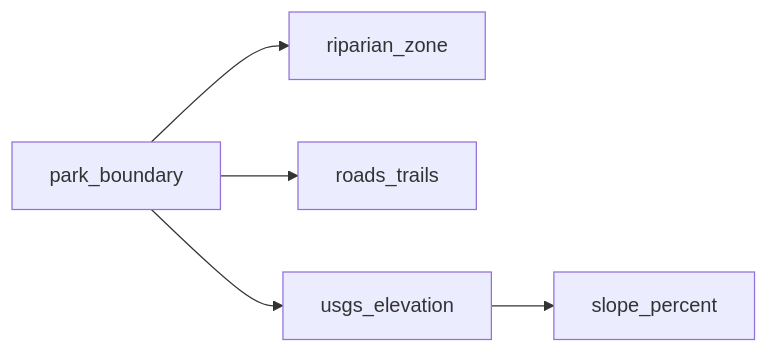
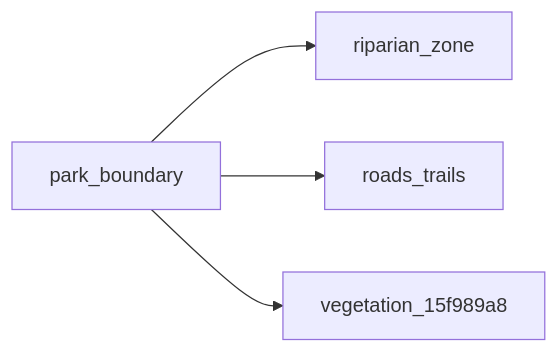
The diagram in projects/goats/README.md (kielni/alidade), drawn with Mermaid before and after one commit. The commit also changed other lines of this file and 7 other files, not shown here.

````diff
--- a/projects/goats/README.md
+++ b/projects/goats/README.md
@@ -58,7 +45,6 @@
 ```mermaid
 flowchart LR
     park_boundary --> riparian_zone
     park_boundary --> roads_trails
-    usgs_elevation --> slope_percent
-    park_boundary --> usgs_elevation
+    park_boundary --> vegetation_15f989a8
 ```
````
